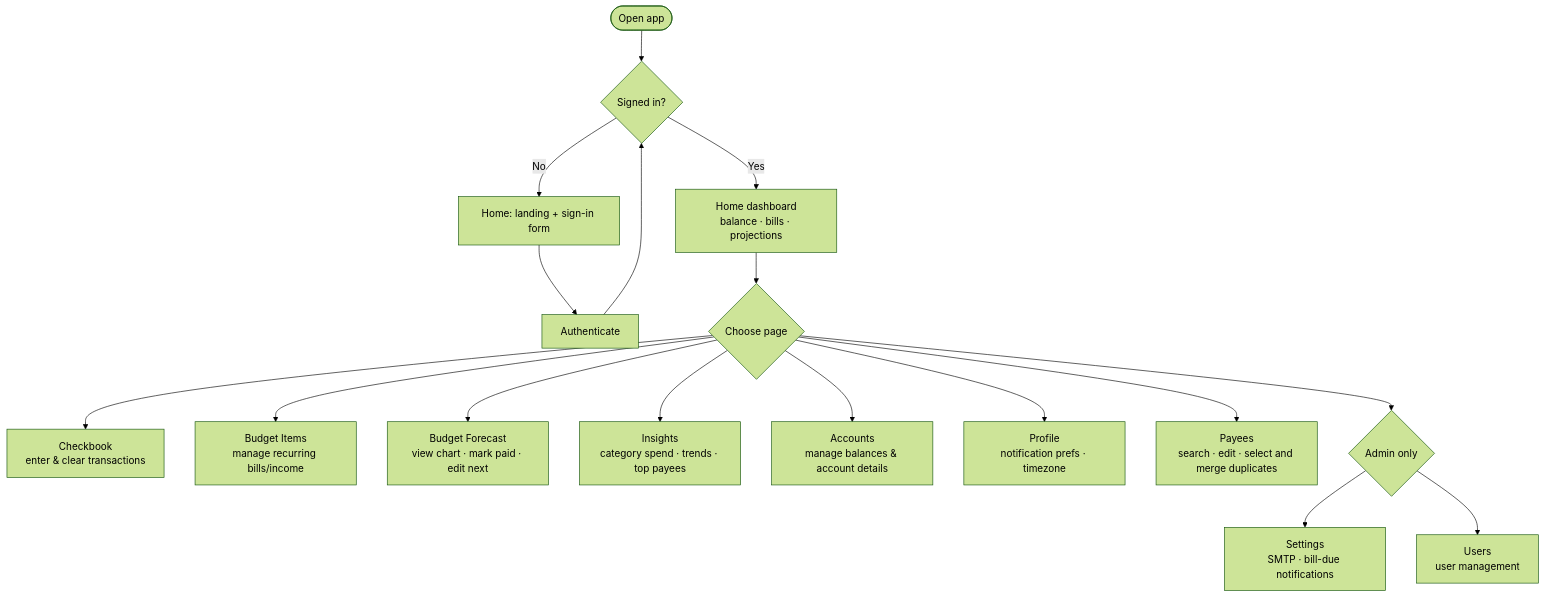
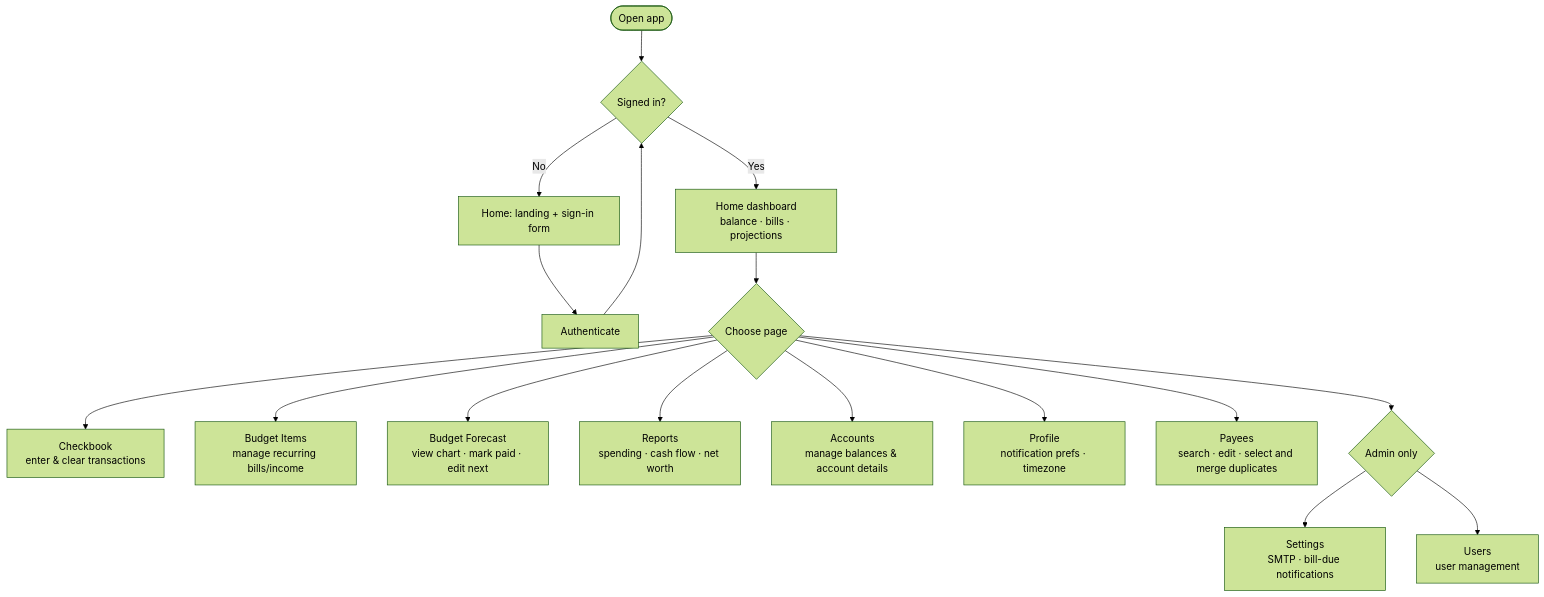
The second of 2 diagrams in README.md (clintonfrankland/its-a-budget), drawn with Mermaid (forest theme) before and after one commit. The commit also changed other lines of this file and 27 other files, not shown here.

````diff
--- a/README.md
+++ b/README.md
@@ -163,19 +163,19 @@
 ```mermaid
 flowchart TD
     A([Open app]) --> B{Signed in?}
     B -- No --> C[Home: landing + sign-in form]
     C --> D[Authenticate]
     D --> B
     B -- Yes --> E[Home dashboard\nbalance · bills · projections]
     E --> F{Choose page}
     F --> G[Checkbook\nenter & clear transactions]
     F --> H[Budget Items\nmanage recurring bills/income]
     F --> I[Budget Forecast\nview chart · mark paid · edit next]
-    F --> J[Insights\ncategory spend · trends · top payees]
+    F --> J[Reports\nspending · cash flow · net worth]
     F --> K[Accounts\nmanage balances & account details]
     F --> L[Profile\nnotification prefs · timezone]
     F --> P[Payees\nsearch · edit · select and merge duplicates]
     F --> M{Admin only}
     M --> N[Settings\nSMTP · bill-due notifications]
     M --> O[Users\nuser management]
 ```
````
